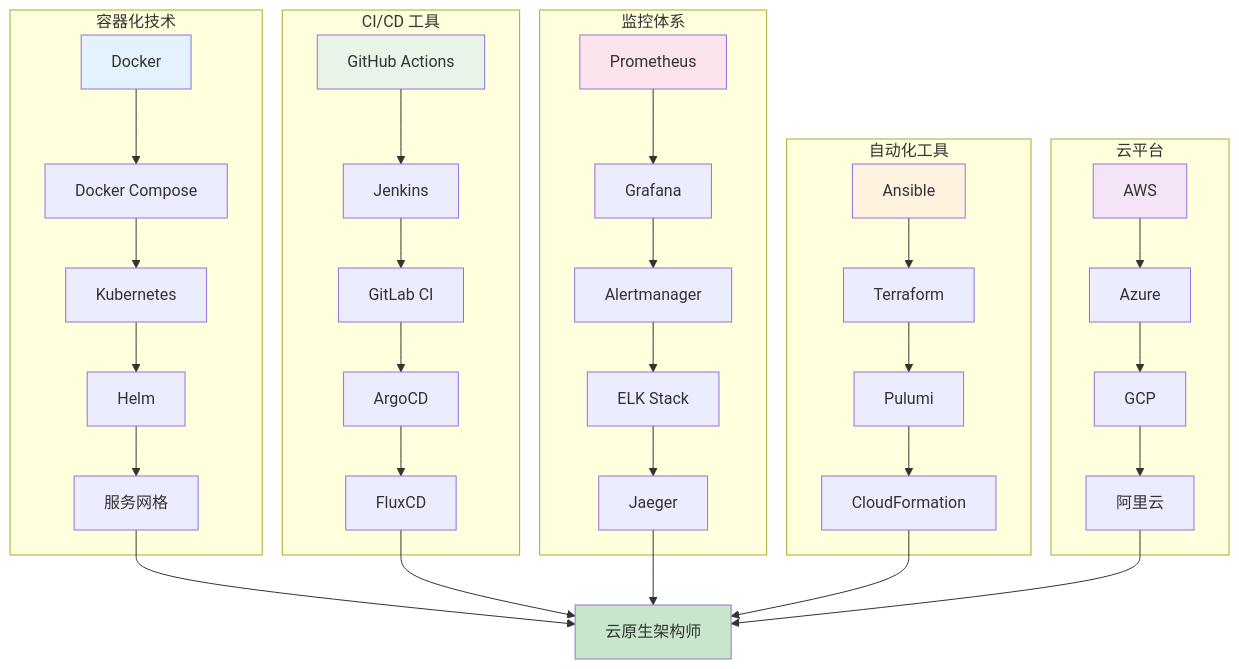
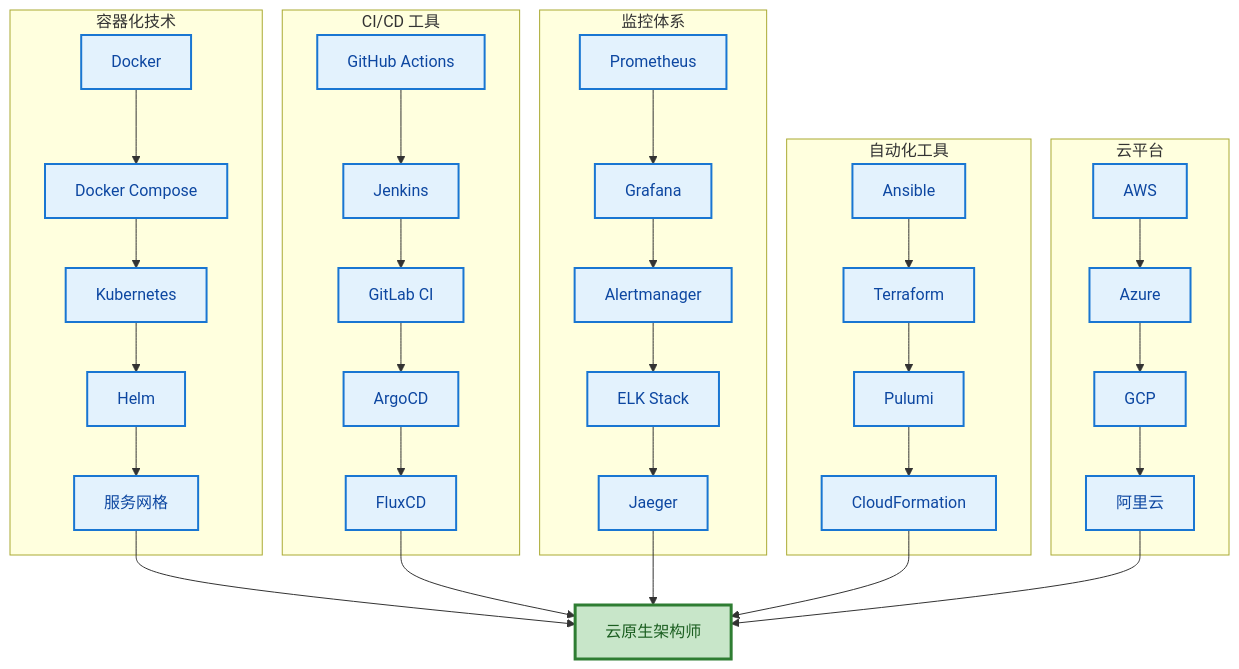
Before and after one commit to lin327/DevOps-Learning-Hub: the third of 5 diagrams in README.md, drawn with Mermaid. The commit also changed other lines of this file, not shown here.

Commit message:
更新 Mermaid 流程图使用双色方案

````diff
--- a/README.md
+++ b/README.md
@@ -427,48 +614,66 @@
 ```mermaid
 graph TD
     subgraph "容器化技术"
         A1[Docker] --> A2[Docker Compose]
         A2 --> A3[Kubernetes]
         A3 --> A4[Helm]
         A4 --> A5[服务网格]
     end
     
     subgraph "CI/CD 工具"
         B1[GitHub Actions] --> B2[Jenkins]
         B2 --> B3[GitLab CI]
         B3 --> B4[ArgoCD]
         B4 --> B5[FluxCD]
     end
     
     subgraph "监控体系"
         C1[Prometheus] --> C2[Grafana]
         C2 --> C3[Alertmanager]
         C3 --> C4[ELK Stack]
         C4 --> C5[Jaeger]
     end
     
     subgraph "自动化工具"
         D1[Ansible] --> D2[Terraform]
         D2 --> D3[Pulumi]
         D3 --> D4[CloudFormation]
     end
     
     subgraph "云平台"
         E1[AWS] --> E2[Azure]
         E2 --> E3[GCP]
         E3 --> E4[阿里云]
     end
     
     A5 --> F[云原生架构师]
     B5 --> F
     C5 --> F
     D4 --> F
     E4 --> F
     
-    style A1 fill:#e3f2fd
-    style B1 fill:#e8f5e8
-    style C1 fill:#fce4ec
-    style D1 fill:#fff3e0
-    style E1 fill:#f3e5f5
-    style F fill:#c8e6c9
+    style A1 fill:#e3f2fd,stroke:#1976d2,stroke-width:2px,color:#0d47a1
+    style A2 fill:#e3f2fd,stroke:#1976d2,stroke-width:2px,color:#0d47a1
+    style A3 fill:#e3f2fd,stroke:#1976d2,stroke-width:2px,color:#0d47a1
+    style A4 fill:#e3f2fd,stroke:#1976d2,stroke-width:2px,color:#0d47a1
+    style A5 fill:#e3f2fd,stroke:#1976d2,stroke-width:2px,color:#0d47a1
+    style B1 fill:#e3f2fd,stroke:#1976d2,stroke-width:2px,color:#0d47a1
+    style B2 fill:#e3f2fd,stroke:#1976d2,stroke-width:2px,color:#0d47a1
+    style B3 fill:#e3f2fd,stroke:#1976d2,stroke-width:2px,color:#0d47a1
+    style B4 fill:#e3f2fd,stroke:#1976d2,stroke-width:2px,color:#0d47a1
+    style B5 fill:#e3f2fd,stroke:#1976d2,stroke-width:2px,color:#0d47a1
+    style C1 fill:#e3f2fd,stroke:#1976d2,stroke-width:2px,color:#0d47a1
+    style C2 fill:#e3f2fd,stroke:#1976d2,stroke-width:2px,color:#0d47a1
+    style C3 fill:#e3f2fd,stroke:#1976d2,stroke-width:2px,color:#0d47a1
+    style C4 fill:#e3f2fd,stroke:#1976d2,stroke-width:2px,color:#0d47a1
+    style C5 fill:#e3f2fd,stroke:#1976d2,stroke-width:2px,color:#0d47a1
+    style D1 fill:#e3f2fd,stroke:#1976d2,stroke-width:2px,color:#0d47a1
+    style D2 fill:#e3f2fd,stroke:#1976d2,stroke-width:2px,color:#0d47a1
+    style D3 fill:#e3f2fd,stroke:#1976d2,stroke-width:2px,color:#0d47a1
+    style D4 fill:#e3f2fd,stroke:#1976d2,stroke-width:2px,color:#0d47a1
+    style E1 fill:#e3f2fd,stroke:#1976d2,stroke-width:2px,color:#0d47a1
+    style E2 fill:#e3f2fd,stroke:#1976d2,stroke-width:2px,color:#0d47a1
+    style E3 fill:#e3f2fd,stroke:#1976d2,stroke-width:2px,color:#0d47a1
+    style E4 fill:#e3f2fd,stroke:#1976d2,stroke-width:2px,color:#0d47a1
+    style F fill:#c8e6c9,stroke:#2e7d32,stroke-width:3px,color:#1b5e20
 ```
````
